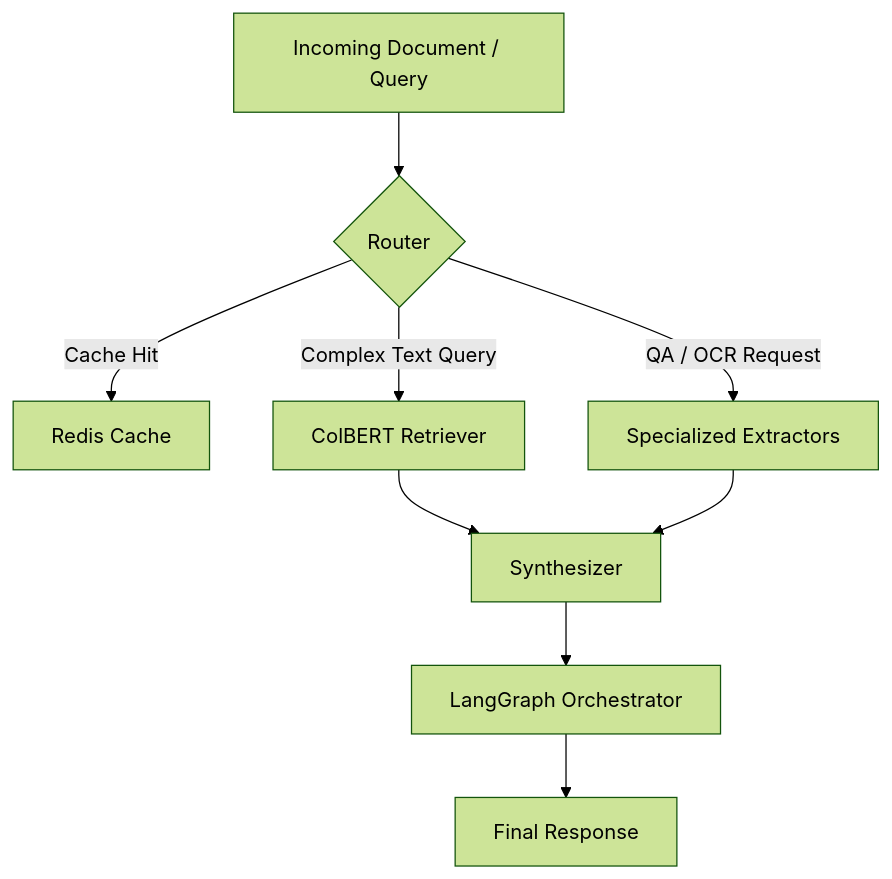
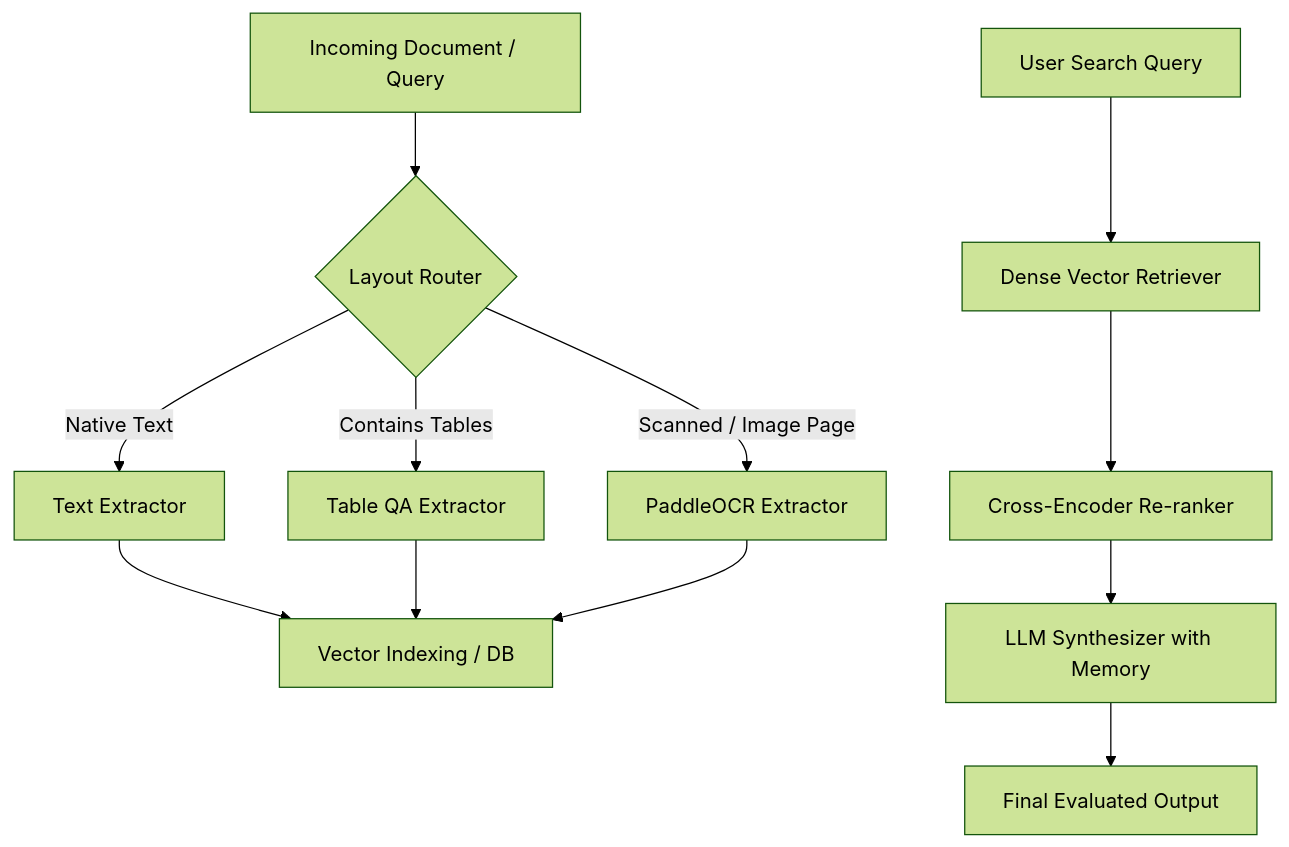
One commit to ataraxiiaa/intelliDoc changed the diagram in README.md. Above: the diagram before and after it, drawn with Mermaid (forest theme). The commit also changed other lines of this file, not shown here.

Commit message:
docs: update README with new architecture details, setup instructions, and API documentation

````diff
--- a/README.md
+++ b/README.md
@@ -28,11 +28,14 @@
 ```mermaid
 graph TD
-    A[Incoming Document / Query] --> B{Router}
-    B -->|Cache Hit| C[Redis Cache]
-    B -->|Complex Text Query| D[ColBERT Retriever]
-    B -->|QA / OCR Request| E[Specialized Extractors]
-    D --> F[Synthesizer]
-    E --> F
-    F --> G[LangGraph Orchestrator]
-    G --> H[Final Response]
+    A[Incoming Document / Query] --> B{Layout Router}
+    B -->|Native Text| C[Text Extractor]
+    B -->|Contains Tables| D[Table QA Extractor]
+    B -->|Scanned / Image Page| E[PaddleOCR Extractor]
+    
+    C & D & E --> F[Vector Indexing / DB]
+    
+    G[User Search Query] --> H[Dense Vector Retriever]
+    H --> I[Cross-Encoder Re-ranker]
+    I --> J[LLM Synthesizer with Memory]
+    J --> K[Final Evaluated Output]
 ```
````
